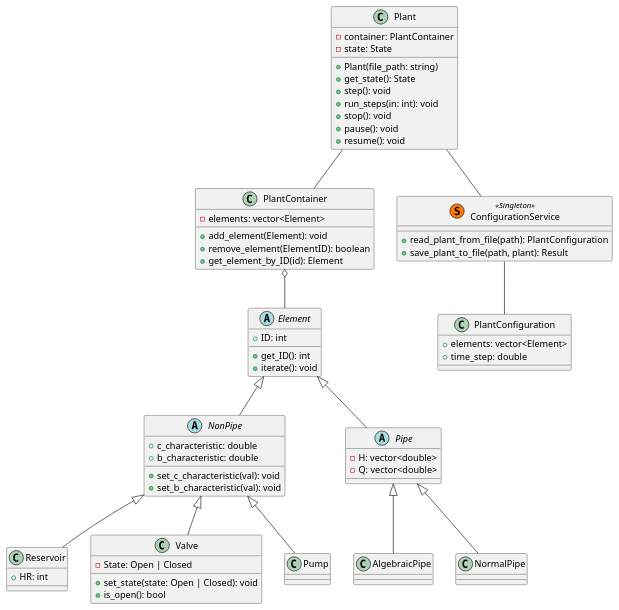
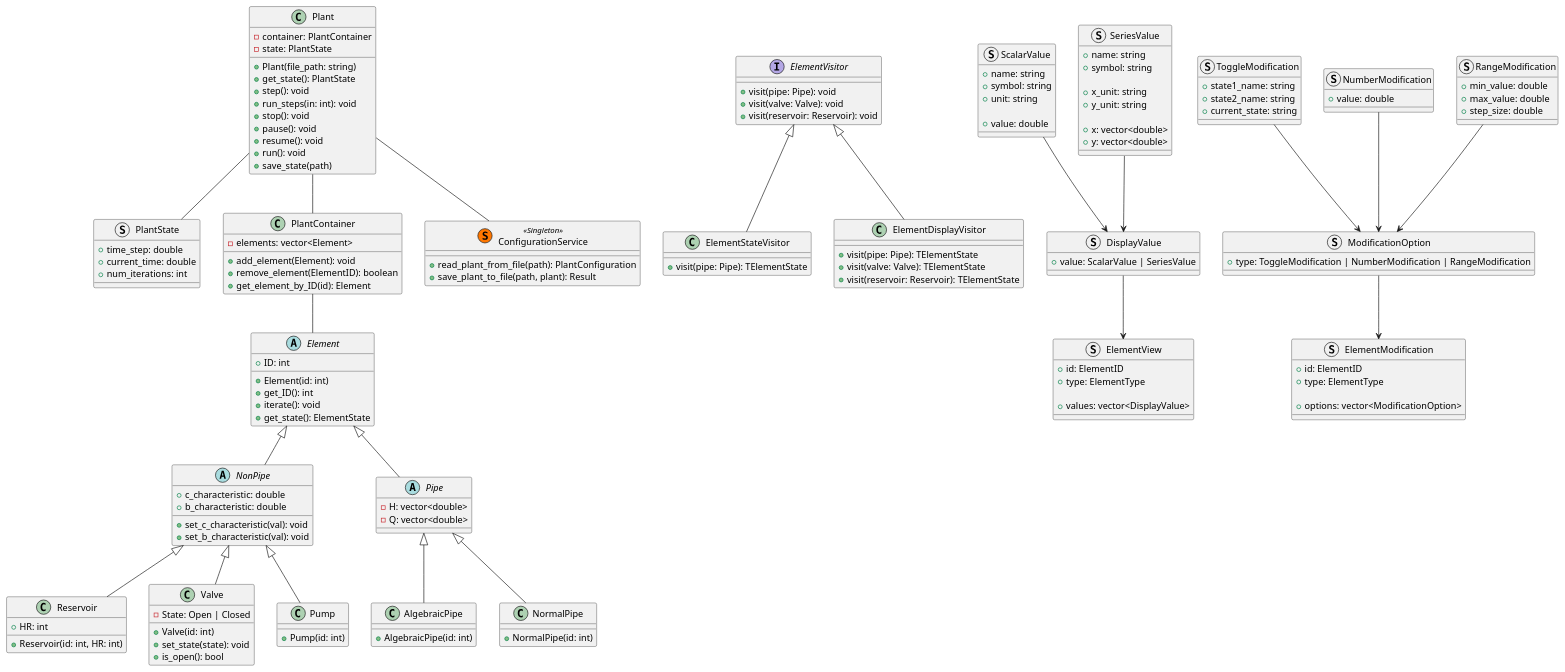
The diagram in assets/system_architecture.puml (LVTrans/LVTransCore), drawn with PlantUML before and after one commit. The commit also changed 1 other file, not shown here.

Commit message:
Update architecture and README

```diff
--- a/assets/system_architecture.puml
+++ b/assets/system_architecture.puml
@@ -1,91 +1,192 @@
 @startuml
 
 abstract class Element {
+  + Element(id: int)
   + ID: int
   + get_ID(): int
   + iterate(): void
+  + get_state(): ElementState
 }
 
 abstract class NonPipe {
   + c_characteristic: double
   + b_characteristic: double
   + set_c_characteristic(val): void
   + set_b_characteristic(val): void
 
 }
 
 abstract class Pipe {
   - H: vector<double>
   - Q: vector<double>
 }
 
 class Reservoir {
+  + Reservoir(id: int, HR: int)
   + HR: int
 }
 
 class Valve {
   - State: Open | Closed
-  + set_state(state: Open | Closed): void
+  + Valve(id: int)
+  + set_state(state): void
   + is_open(): bool
 }
 
 class Pump {
+  + Pump(id: int)
 }
 
 class AlgebraicPipe {
+  + AlgebraicPipe(id: int)
 }
 
 class NormalPipe {
+  + NormalPipe(id: int)
 }
+
+
+interface ElementVisitor {
+  + visit(pipe: Pipe): void
+  + visit(valve: Valve): void
+  + visit(reservoir: Reservoir): void
+}
+
+
+class ElementStateVisitor {
+  + visit(pipe: Pipe): TElementState
+}
+
+class ElementDisplayVisitor {
+  + visit(pipe: Pipe): TElementState
+  + visit(valve: Valve): TElementState
+  + visit(reservoir: Reservoir): TElementState
+}
+
+
+struct ScalarValue {
+  + name: string
+  + symbol: string
+  + unit: string
+
+  + value: double
+}
+
+struct SeriesValue {
+  + name: string
+  + symbol: string
+
+  + x_unit: string
+  + y_unit: string
+
+  + x: vector<double>
+  + y: vector<double>
+}
+
+struct DisplayValue {
+  + value: ScalarValue | SeriesValue
+}
+
+struct ElementView {
+  + id: ElementID
+  + type: ElementType
+
+  + values: vector<DisplayValue>
+}
+
+struct ToggleModification {
+  + state1_name: string
+  + state2_name: string
+  + current_state: string
+}
+
+struct NumberModification {
+  + value: double
+}
+
+struct RangeModification {
+  + min_value: double
+  + max_value: double
+  + step_size: double
+}
+
+struct ModificationOption {
+  + type: ToggleModification | NumberModification | RangeModification
+}
+
+struct ElementModification {
+  + id: ElementID
+  + type: ElementType
+
+  + options: vector<ModificationOption>
+}
+
+ToggleModification --> ModificationOption
+NumberModification --> ModificationOption
+RangeModification --> ModificationOption
+ModificationOption --> ElementModification
+
+
 
 class Plant {
   - container: PlantContainer
-  - state: State
+  - state: PlantState
   + Plant(file_path: string)
-  + get_state(): State
+  + get_state(): PlantState
   + step(): void
   + run_steps(in: int): void
   + stop(): void
   + pause(): void
   + resume(): void
+  + run(): void
+  + save_state(path) 
+}
+
+
+struct PlantState {
+  + time_step: double
+  + current_time: double
+  + num_iterations: int
 }
 
 
 class PlantContainer {
   - elements: vector<Element>
   + add_element(Element): void
   + remove_element(ElementID): boolean
   + get_element_by_ID(id): Element
 }
 
-class PlantConfiguration {
-  + elements: vector<Element>
-  + time_step: double
-}
 
 class ConfigurationService << (S,#FF7700) Singleton >> {
   + read_plant_from_file(path): PlantConfiguration
   + save_plant_to_file(path, plant): Result
 }
 
 
+SeriesValue --> DisplayValue
+ScalarValue --> DisplayValue
+DisplayValue --> ElementView
+
 
 ' Relations 
-ConfigurationService -- PlantConfiguration 
+ElementVisitor <|-- ElementStateVisitor
+ElementVisitor <|-- ElementDisplayVisitor
+Plant -- PlantState
 
 Element <|-- NonPipe
 Element <|-- Pipe
 
 NonPipe <|-- Reservoir
 NonPipe <|-- Valve
 NonPipe <|-- Pump
 
 Pipe <|-- AlgebraicPipe
 Pipe <|-- NormalPipe
 
-PlantContainer o-- Element
+PlantContainer -- Element
 
 Plant -- PlantContainer
 Plant -- ConfigurationService
 
 @enduml
```
